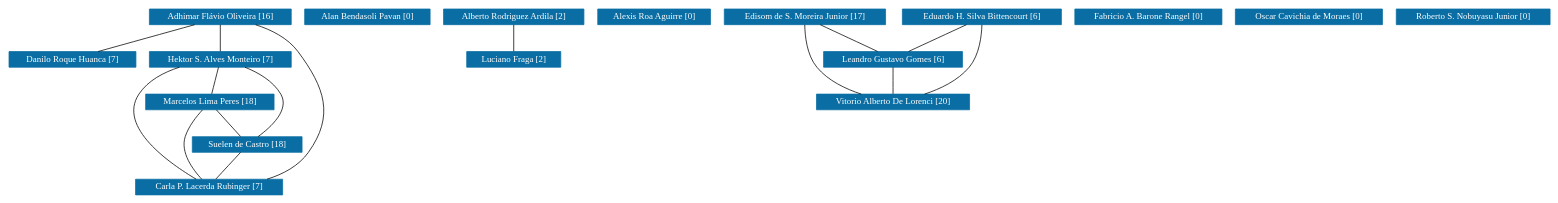
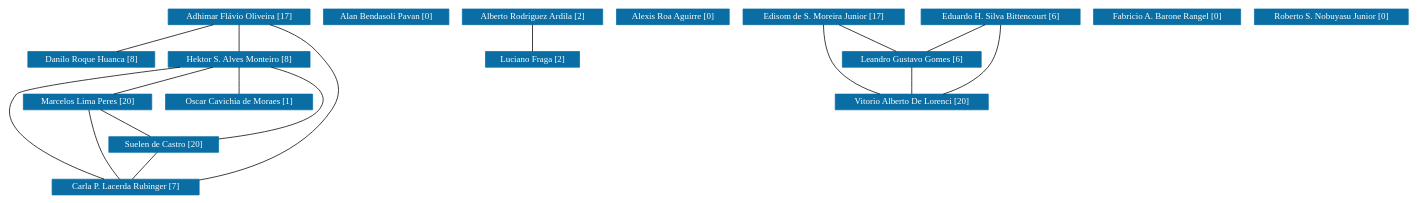
One commit to icamps/unifal-lattes.github.io changed the diagram in UNIFEI/grafoDeColaboracoesSemPesos.dot. Above: the diagram before and after it, drawn with Graphviz. The commit also changed 854 other files, not shown here.

```diff
--- a/UNIFEI/grafoDeColaboracoesSemPesos.dot
+++ b/UNIFEI/grafoDeColaboracoesSemPesos.dot
@@ -1,145 +1,146 @@
 strict graph grafo1 {
-	graph [bb="0,0,1717,249",
+	graph [bb="0,0,1590,249",
 		id=grafo1,
 		overlap=False
 	];
 	node [fontsize=12,
 		label="\N",
 		shape=rectangle,
 		style=filled
 	];
 	0	 [URL="membro-1031795555698099.html",
 		color="#0A6EA4",
 		fontcolor="#FFFFFF",
 		height=0.29167,
-		label="Adhimar Flávio Oliveira [16]",
-		pos="234.5,238.5",
+		label="Adhimar Flávio Oliveira [17]",
+		pos="283.51,238.5",
 		width=2.1389];
 	4	 [URL="membro-8697679642900908.html",
 		color="#0A6EA4",
 		fontcolor="#FFFFFF",
 		height=0.29167,
-		label="Danilo Roque Huanca [7]",
-		pos="69.5,181.5",
+		label="Danilo Roque Huanca [8]",
+		pos="118.52,181.5",
 		width=1.9306];
-	0 -- 4	 [pos="203.85,227.91 174.21,217.67 129.57,202.25 99.984,192.03"];
+	0 -- 4	 [pos="252.86,227.91 223.23,217.67 178.58,202.25 149,192.03"];
 	8	 [URL="membro-2145668168587564.html",
 		color="#0A6EA4",
 		fontcolor="#FFFFFF",
 		height=0.29167,
-		label="Hektor S. Alves Monteiro [7]",
-		pos="234.5,181.5",
+		label="Hektor S. Alves Monteiro [8]",
+		pos="283.51,181.5",
 		width=2.1528];
-	0 -- 8	 [pos="234.5,227.78 234.5,217.59 234.5,202.35 234.5,192.17"];
+	0 -- 8	 [pos="283.51,227.78 283.51,217.59 283.51,202.35 283.51,192.17"];
 	15	 [URL="membro-5158730912554506.html",
 		color="#0A6EA4",
 		fontcolor="#FFFFFF",
 		height=0.29167,
 		label="Carla P. Lacerda Rubinger [7]",
-		pos="223.5,10.5",
+		pos="160.51,10.5",
 		width=2.1944];
-	0 -- 15	 [pos="270,227.99 288.01,220.79 308.56,209.34 320.5,192 354.74,142.28 369.02,107.21 335.5,57 323.4,38.877 302.78,27.807 282.5,21.05"];
-	8 -- 15	 [pos="190.42,170.91 171.64,163.98 151.55,152.79 140.5,135 113.78,91.966 175.92,42.255 207.06,21.008"];
+	0 -- 15	 [pos="315.61,227.9 333.71,220.45 355.43,208.77 369.51,192 392.46,164.67 407.38,144.29 388.51,114 354.5,59.389 283.61,33.329 229.85,21.061"];
+	8 -- 15	 [pos="205.83,171.82 137.88,162.56 48.365,148.09 37.515,135 0,89.731 89.47,41.766 135.39,21.044"];
 	11	 [URL="membro-0335350966509134.html",
 		color="#0A6EA4",
 		fontcolor="#FFFFFF",
 		height=0.29167,
-		label="Marcelos Lima Peres [18]",
-		pos="219.5,124.5",
+		label="Marcelos Lima Peres [20]",
+		pos="116.51,124.5",
 		width=1.9306];
-	8 -- 11	 [pos="231.68,170.78 229,160.59 224.99,145.35 222.31,135.17"];
+	8 -- 11	 [pos="252.49,170.91 222.5,160.67 177.31,145.25 147.37,135.03"];
+	12	 [URL="membro-0422047938601624.html",
+		color="#0A6EA4",
+		fontcolor="#FFFFFF",
+		height=0.29167,
+		label="Oscar Cavichia de Moraes [1]",
+		pos="283.51,124.5",
+		width=2.1944];
+	8 -- 12	 [pos="283.51,170.78 283.51,160.59 283.51,145.35 283.51,135.17"];
 	13	 [URL="membro-9126744461400749.html",
 		color="#0A6EA4",
 		fontcolor="#FFFFFF",
 		height=0.29167,
-		label="Suelen de Castro [18]",
-		pos="267.5,67.5",
+		label="Suelen de Castro [20]",
+		pos="204.51,67.5",
 		width=1.6528];
-	8 -- 13	 [pos="258.19,170.96 272.41,163.24 289.29,151.26 297.5,135 307.44,115.31 290.48,91.607 278.28,78.173"];
-	11 -- 15	 [pos="212.26,113.62 204.34,100.36 193.41,77.232 198.5,57 201.81,43.845 209.65,30.359 215.67,21.321"];
-	11 -- 13	 [pos="228.53,113.78 237.11,103.59 249.94,88.348 258.51,78.173"];
-	13 -- 15	 [pos="259.22,56.779 251.36,46.588 239.59,31.348 231.74,21.173"];
+	8 -- 13	 [pos="318.03,170.93 350.13,159.27 390.38,138.84 371.51,114 358.31,96.625 306.49,84.014 264.03,76.346"];
+	11 -- 15	 [pos="118.78,113.74 121.79,100.21 127.67,76.416 135.51,57 140.66,44.252 148.36,30.478 153.85,21.258"];
+	11 -- 13	 [pos="133.06,113.78 148.8,103.59 172.33,88.348 188.03,78.173"];
+	13 -- 15	 [pos="196.24,56.779 188.37,46.588 176.61,31.348 168.75,21.173"];
 	1	 [URL="membro-8154959660506192.html",
 		color="#0A6EA4",
 		fontcolor="#FFFFFF",
 		height=0.29167,
 		label="Alan Bendasoli Pavan [0]",
-		pos="399.5,238.5",
+		pos="448.51,238.5",
 		width=1.9306];
 	2	 [URL="membro-7982796939759440.html",
 		color="#0A6EA4",
 		fontcolor="#FFFFFF",
 		height=0.29167,
 		label="Alberto Rodriguez Ardila [2]",
-		pos="564.5,238.5",
+		pos="613.51,238.5",
 		width=2.1528];
 	10	 [URL="membro-6549869827105994.html",
 		color="#0A6EA4",
 		fontcolor="#FFFFFF",
 		height=0.29167,
 		label="Luciano Fraga [2]",
-		pos="564.5,181.5",
+		pos="613.51,181.5",
 		width=1.4167];
-	2 -- 10	 [pos="564.5,227.78 564.5,217.59 564.5,202.35 564.5,192.17"];
+	2 -- 10	 [pos="613.51,227.78 613.51,217.59 613.51,202.35 613.51,192.17"];
 	3	 [URL="membro-3842382209626823.html",
 		color="#0A6EA4",
 		fontcolor="#FFFFFF",
 		height=0.29167,
 		label="Alexis Roa Aguirre [0]",
-		pos="722.5,238.5",
+		pos="771.51,238.5",
 		width=1.7361];
 	5	 [URL="membro-7966592529955054.html",
 		color="#0A6EA4",
 		fontcolor="#FFFFFF",
 		height=0.29167,
 		label="Edisom de S. Moreira Junior [17]",
-		pos="890.5,238.5",
+		pos="939.51,238.5",
 		width=2.4306];
 	9	 [URL="membro-4666057965864411.html",
 		color="#0A6EA4",
 		fontcolor="#FFFFFF",
 		height=0.29167,
 		label="Leandro Gustavo Gomes [6]",
-		pos="990.5,181.5",
+		pos="1039.5,181.5",
 		width=2.1111];
-	5 -- 9	 [pos="909.31,227.78 927.19,217.59 953.92,202.35 971.78,192.17"];
+	5 -- 9	 [pos="958.32,227.78 976.2,217.59 1002.9,202.35 1020.8,192.17"];
 	14	 [URL="membro-1361400129993392.html",
 		color="#0A6EA4",
 		fontcolor="#FFFFFF",
 		height=0.29167,
 		label="Vitorio Alberto De Lorenci [20]",
-		pos="990.5,124.5",
+		pos="1039.5,124.5",
 		width=2.3611];
-	5 -- 14	 [pos="890.26,227.79 890.48,213.46 892.81,187.89 905.5,171 918.33,153.92 939.35,142.34 957.28,135.01"];
-	9 -- 14	 [pos="990.5,170.78 990.5,160.59 990.5,145.35 990.5,135.17"];
+	5 -- 14	 [pos="939.27,227.79 939.49,213.46 941.82,187.89 954.51,171 967.35,153.92 988.37,142.34 1006.3,135.01"];
+	9 -- 14	 [pos="1039.5,170.78 1039.5,160.59 1039.5,145.35 1039.5,135.17"];
 	6	 [URL="membro-9213789315416977.html",
 		color="#0A6EA4",
 		fontcolor="#FFFFFF",
 		height=0.29167,
 		label="Eduardo H. Silva Bittencourt [6]",
-		pos="1090.5,238.5",
+		pos="1139.5,238.5",
 		width=2.3889];
-	6 -- 9	 [pos="1071.7,227.78 1053.8,217.59 1027.1,202.35 1009.2,192.17"];
-	6 -- 14	 [pos="1090.7,227.79 1090.5,213.46 1088.2,187.89 1075.5,171 1062.7,153.92 1041.6,142.34 1023.7,135.01"];
+	6 -- 9	 [pos="1120.7,227.78 1102.8,217.59 1076.1,202.35 1058.2,192.17"];
+	6 -- 14	 [pos="1139.7,227.79 1139.5,213.46 1137.2,187.89 1124.5,171 1111.7,153.92 1090.6,142.34 1072.7,135.01"];
 	7	 [URL="membro-2436691587435689.html",
 		color="#0A6EA4",
 		fontcolor="#FFFFFF",
 		height=0.29167,
 		label="Fabricio A. Barone Rangel [0]",
-		pos="1275.5,238.5",
+		pos="1324.5,238.5",
 		width=2.2361];
-	12	 [URL="membro-0422047938601624.html",
-		color="#0A6EA4",
-		fontcolor="#FFFFFF",
-		height=0.29167,
-		label="Oscar Cavichia de Moraes [0]",
-		pos="1453.5,238.5",
-		width=2.1944];
 	16	 [URL="membro-6458988217441388.html",
 		color="#0A6EA4",
 		fontcolor="#FFFFFF",
 		height=0.29167,
 		label="Roberto S. Nobuyasu Junior [0]",
-		pos="1633.5,238.5",
+		pos="1506.5,238.5",
 		width=2.3194];
 }
```
